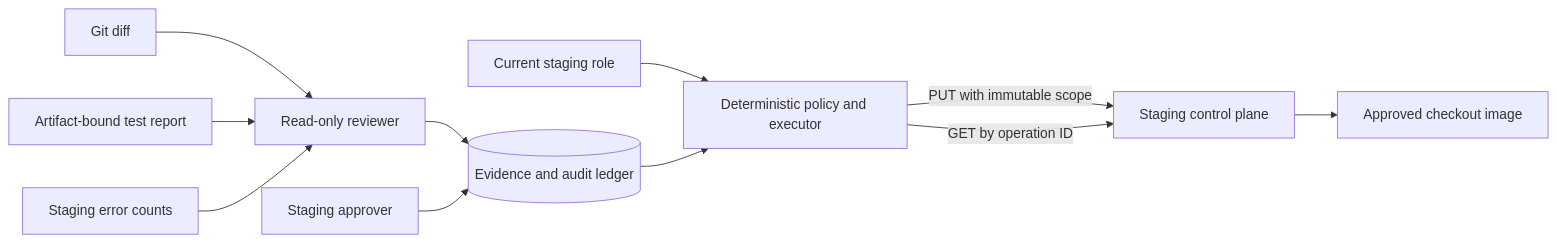
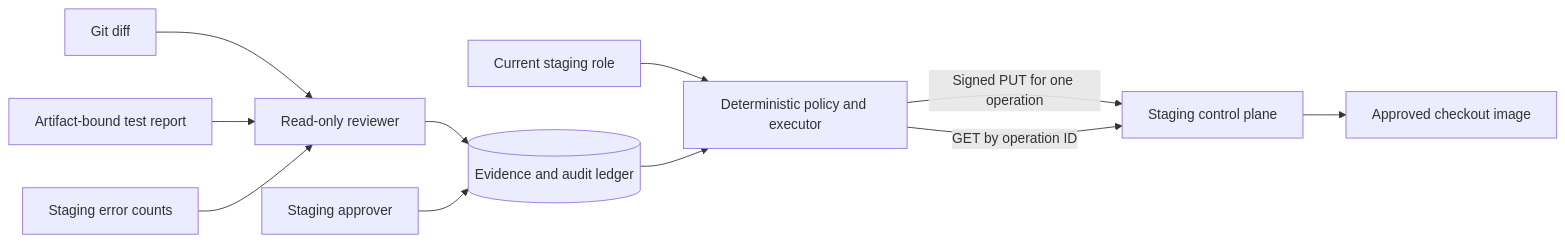
Before and after one commit to Cann65/release-approval-agent: the diagram in README.md, drawn with Mermaid. The commit also changed other lines of this file and 9 other files, not shown here.

````diff
--- a/README.md
+++ b/README.md
@@ -30,13 +33,13 @@
 ```mermaid
 flowchart LR
     Git["Git diff"] --> Review["Read-only reviewer"]
     CI["Artifact-bound test report"] --> Review
     Health["Staging error counts"] --> Review
     Review --> Ledger[("Evidence and audit ledger")]
     Human["Staging approver"] --> Ledger
     Roles["Current staging role"] --> Gate["Deterministic policy and executor"]
     Ledger --> Gate
-    Gate -->|"PUT with immutable scope"| Target["Staging control plane"]
+    Gate -->|"Signed PUT for one operation"| Target["Staging control plane"]
     Target --> Docker["Approved checkout image"]
     Gate -->|"GET by operation ID"| Target
 ```
````
